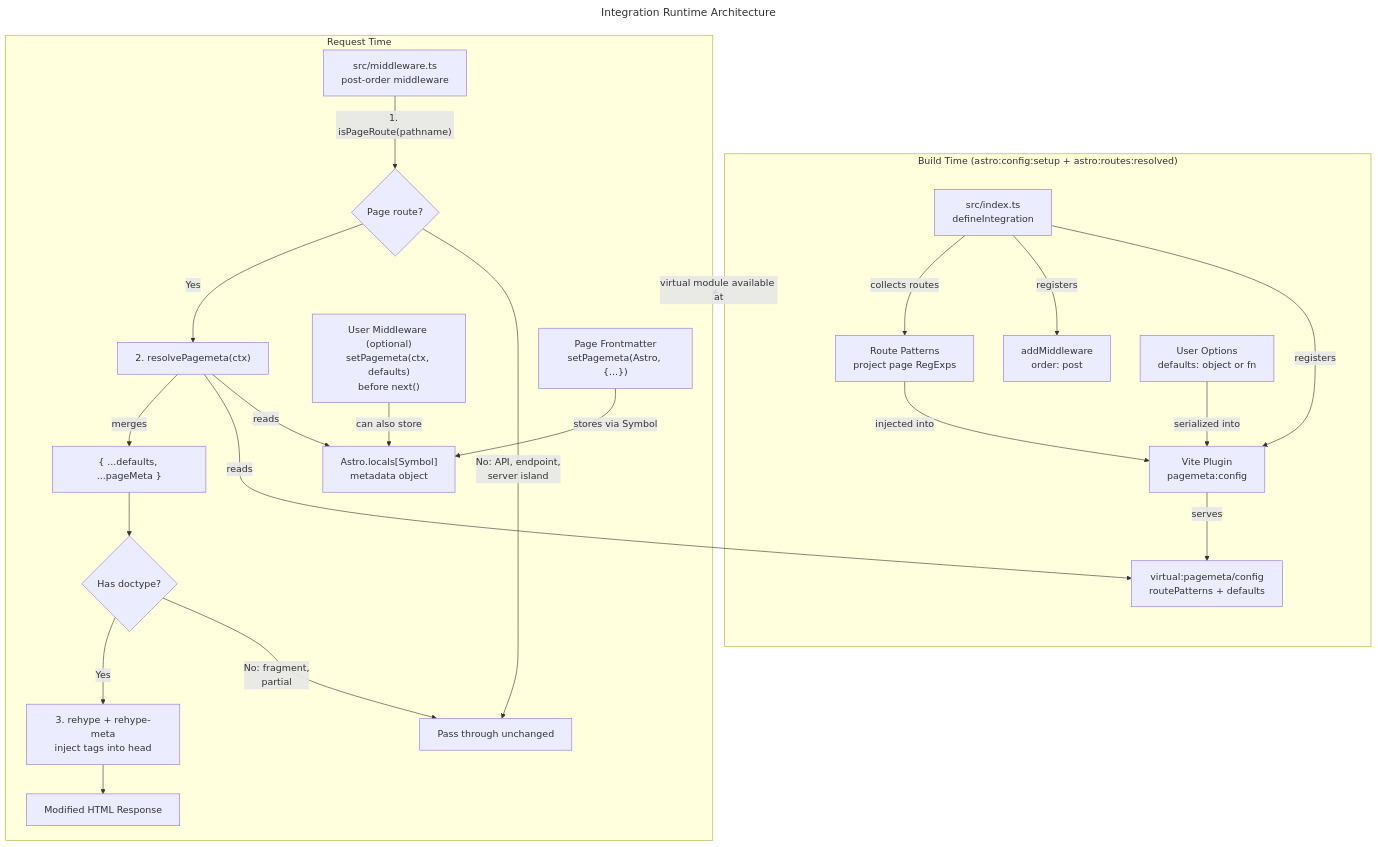
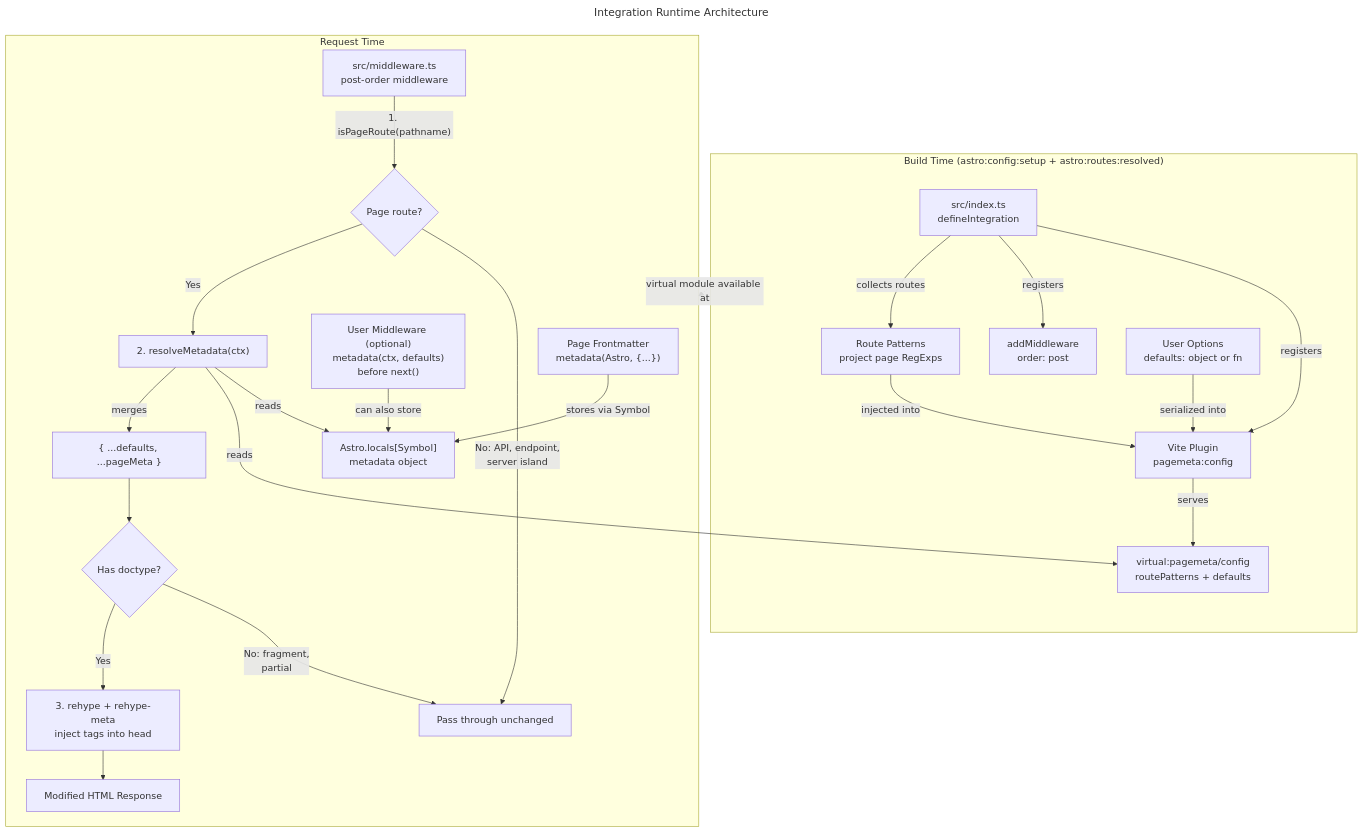
Before and after one commit to zemccartney/astro-pagemeta: the diagram in docs/integration-runtime-architecture.mermaid, drawn with Mermaid. The commit also changed 86 other files, not shown here.

First line of the commit message:
rename setPagemeta → metadata, PagemetaOptions → MetadataOptions

```diff
--- a/docs/integration-runtime-architecture.mermaid
+++ b/docs/integration-runtime-architecture.mermaid
@@ -1,37 +1,37 @@
 ---
 title: Integration Runtime Architecture
 ---
 flowchart TD
     subgraph BuildTime["Build Time (astro:config:setup + astro:routes:resolved)"]
         INT[src/index.ts<br/>defineIntegration]
         INT -->|registers| VP[Vite Plugin<br/>pagemeta:config]
         INT -->|registers| MW_REG[addMiddleware<br/>order: post]
         INT -->|collects routes| RP[Route Patterns<br/>project page RegExps]
         RP -->|injected into| VP
         OPTS[User Options<br/>defaults: object or fn] -->|serialized into| VP
         VP -->|serves| VMOD["virtual:pagemeta/config<br/>routePatterns + defaults"]
     end
 
     subgraph RequestTime["Request Time"]
-        PAGE["Page Frontmatter<br/>setPagemeta(Astro, {...})"]
+        PAGE["Page Frontmatter<br/>metadata(Astro, {...})"]
         PAGE -->|stores via Symbol| LOCALS["Astro.locals[Symbol]<br/>metadata object"]
 
-        USER_MW["User Middleware (optional)<br/>setPagemeta(ctx, defaults)<br/>before next()"]
+        USER_MW["User Middleware (optional)<br/>metadata(ctx, defaults)<br/>before next()"]
         USER_MW -->|can also store| LOCALS
 
         MW["src/middleware.ts<br/>post-order middleware"]
         MW -->|"1. isPageRoute(pathname)"| ROUTE_CHECK{Page route?}
         ROUTE_CHECK -->|No: API, endpoint,<br/>server island| PASS[Pass through unchanged]
-        ROUTE_CHECK -->|Yes| RESOLVE["2. resolvePagemeta(ctx)"]
+        ROUTE_CHECK -->|Yes| RESOLVE["2. resolveMetadata(ctx)"]
 
         RESOLVE -->|reads| LOCALS
         RESOLVE -->|reads| VMOD
         RESOLVE -->|merges| MERGED["{ ...defaults, ...pageMeta }"]
 
         MERGED --> DOC_CHECK{Has doctype?}
         DOC_CHECK -->|No: fragment,<br/>partial| PASS
         DOC_CHECK -->|Yes| REHYPE["3. rehype + rehype-meta<br/>inject tags into head"]
         REHYPE --> RESPONSE["Modified HTML Response"]
     end
 
     BuildTime -.->|virtual module available at| RequestTime
```
